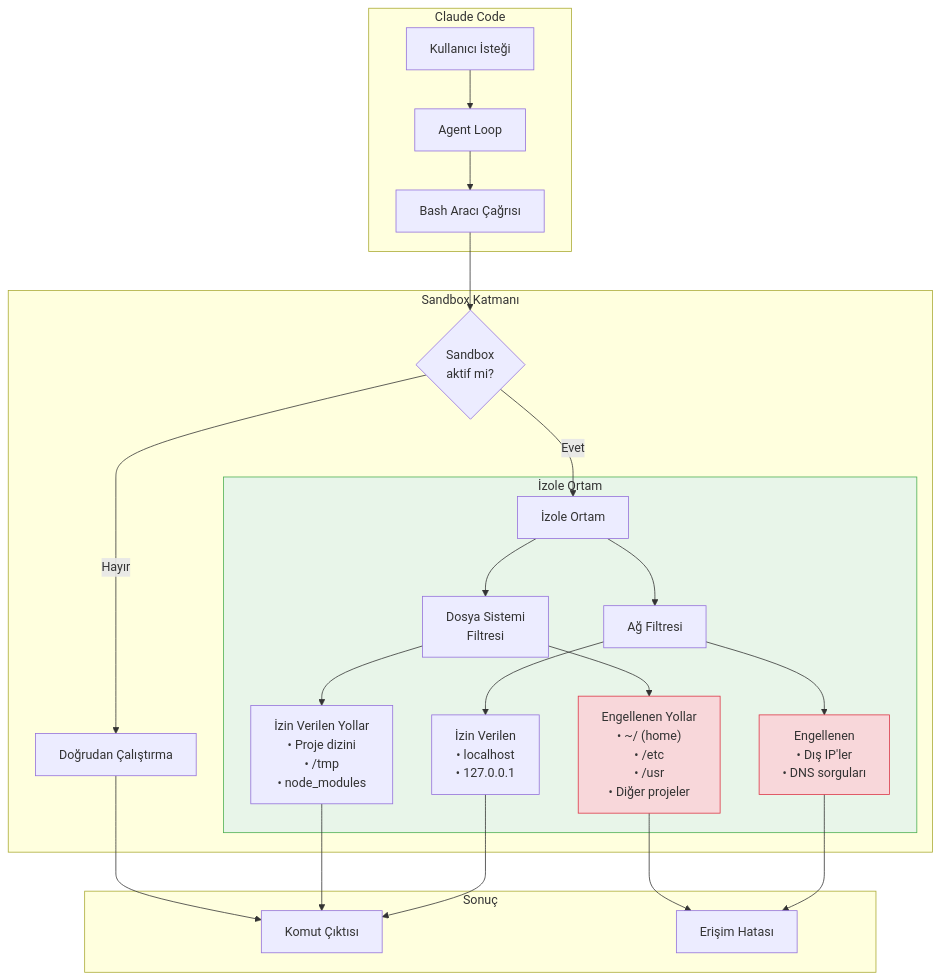
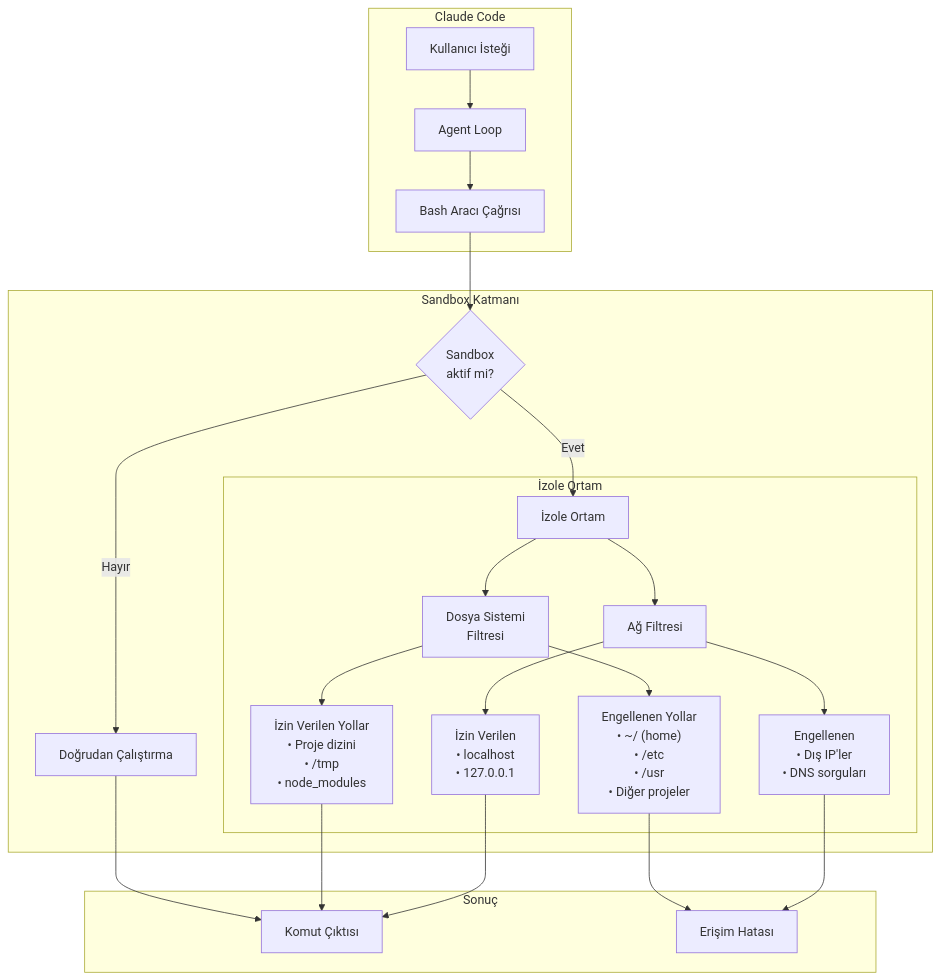
Before and after one commit to IzzetYasinAtes/ClaudeCodeHandbook: the second of 5 diagrams in 10-izinler-ve-guvenlik/04-sandboxing.md, drawn with Mermaid. The commit also changed other lines of this file and 97 other files, not shown here.

Commit message:
Remove all custom Mermaid style/fill colors from 98 markdown files for consistent dark theme rendering

````diff
--- a/10-izinler-ve-guvenlik/04-sandboxing.md
+++ b/10-izinler-ve-guvenlik/04-sandboxing.md
@@ -46,37 +44,34 @@
 ```mermaid
 flowchart TD
     subgraph claude_code ["Claude Code"]
         PROMPT["Kullanıcı İsteği"] --> AGENT["Agent Loop"]
         AGENT --> BASH_CALL["Bash Aracı Çağrısı"]
     end
 
     subgraph sandbox_layer ["Sandbox Katmanı"]
         BASH_CALL --> SANDBOX_CHECK{"Sandbox<br/>aktif mi?"}
 
         SANDBOX_CHECK -->|"Evet"| ISOLATED["İzole Ortam"]
         SANDBOX_CHECK -->|"Hayır"| DIRECT["Doğrudan Çalıştırma"]
 
         subgraph isolated_env ["İzole Ortam"]
             ISOLATED --> FS_FILTER["Dosya Sistemi<br/>Filtresi"]
             ISOLATED --> NET_FILTER["Ağ Filtresi"]
 
             FS_FILTER --> ALLOWED_FS["İzin Verilen Yollar<br/>• Proje dizini<br/>• /tmp<br/>• node_modules"]
             FS_FILTER --> BLOCKED_FS["Engellenen Yollar<br/>• ~/ (home)<br/>• /etc<br/>• /usr<br/>• Diğer projeler"]
 
             NET_FILTER --> ALLOWED_NET["İzin Verilen<br/>• localhost<br/>• 127.0.0.1"]
             NET_FILTER --> BLOCKED_NET["Engellenen<br/>• Dış IP'ler<br/>• DNS sorguları"]
         end
     end
 
     subgraph output ["Sonuç"]
         DIRECT --> RESULT["Komut Çıktısı"]
         ALLOWED_FS --> RESULT
         ALLOWED_NET --> RESULT
         BLOCKED_FS --> ERROR["Erişim Hatası"]
         BLOCKED_NET --> ERROR
     end
 
-    style isolated_env fill:#e8f5e9,stroke:#4caf50
-    style BLOCKED_FS fill:#f8d7da,stroke:#dc3545
-    style BLOCKED_NET fill:#f8d7da,stroke:#dc3545
 ```
````
